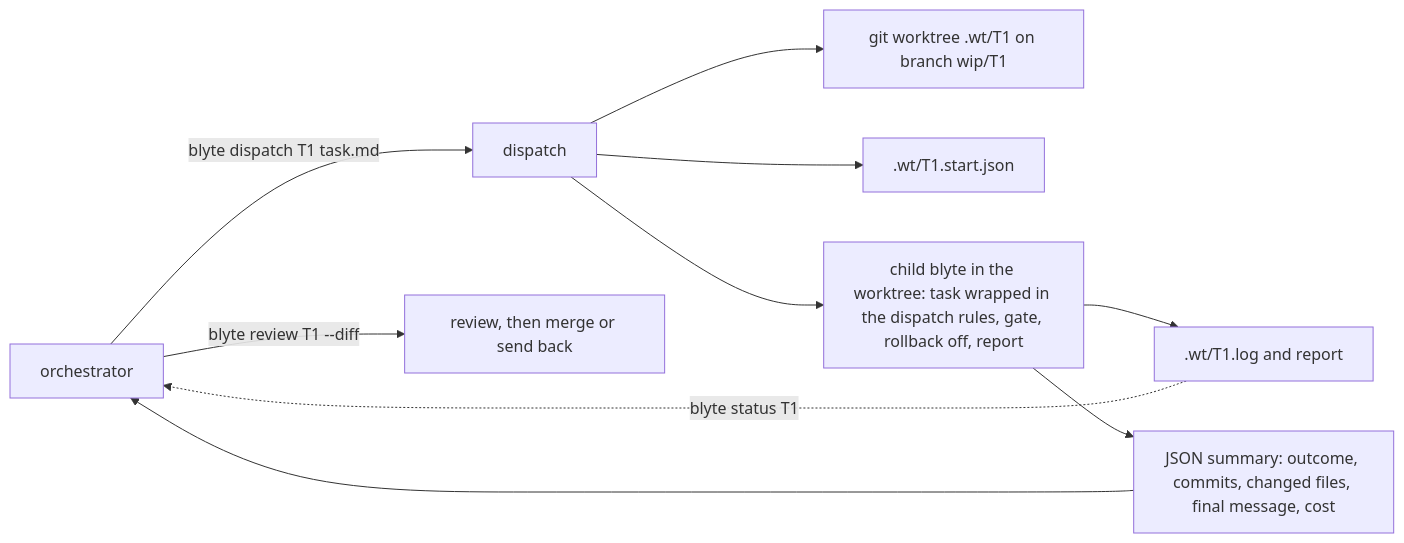
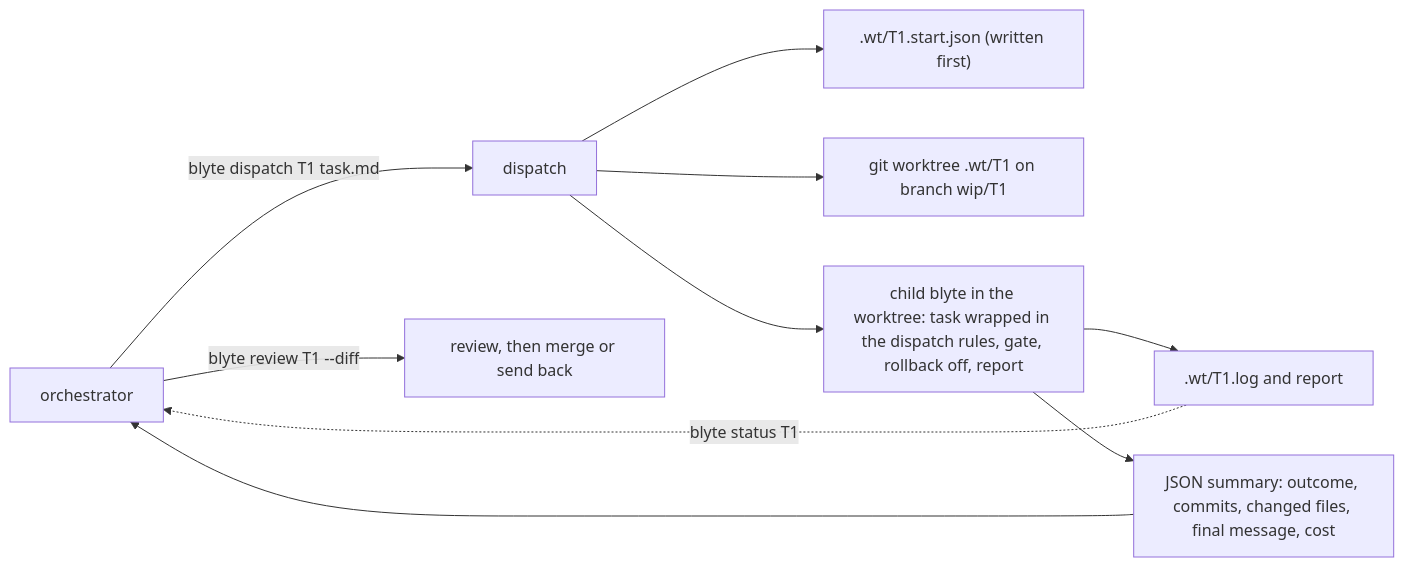
One commit to dnf0/blyte changed the fourth of 4 diagrams in docs/architecture.md. Above: the diagram before and after it, drawn with Mermaid. The commit also changed 3 other files, not shown here.

````diff
--- a/docs/architecture.md
+++ b/docs/architecture.md
@@ -299,12 +299,12 @@
 ```mermaid
 flowchart LR
     o["orchestrator"] -->|"blyte dispatch T1 task.md"| d["dispatch"]
+    d --> start[".wt/T1.start.json (written first)"]
     d --> wt["git worktree .wt/T1 on branch wip/T1"]
-    d --> start[".wt/T1.start.json"]
     d --> child["child blyte in the worktree: task wrapped in the dispatch rules, gate, rollback off, report"]
     child --> log[".wt/T1.log and report"]
     child --> sum["JSON summary: outcome, commits, changed files, final message, cost"]
     sum --> o
     log -.->|"blyte status T1"| o
     o -->|"blyte review T1 --diff"| rev["review, then merge or send back"]
 ```
````
